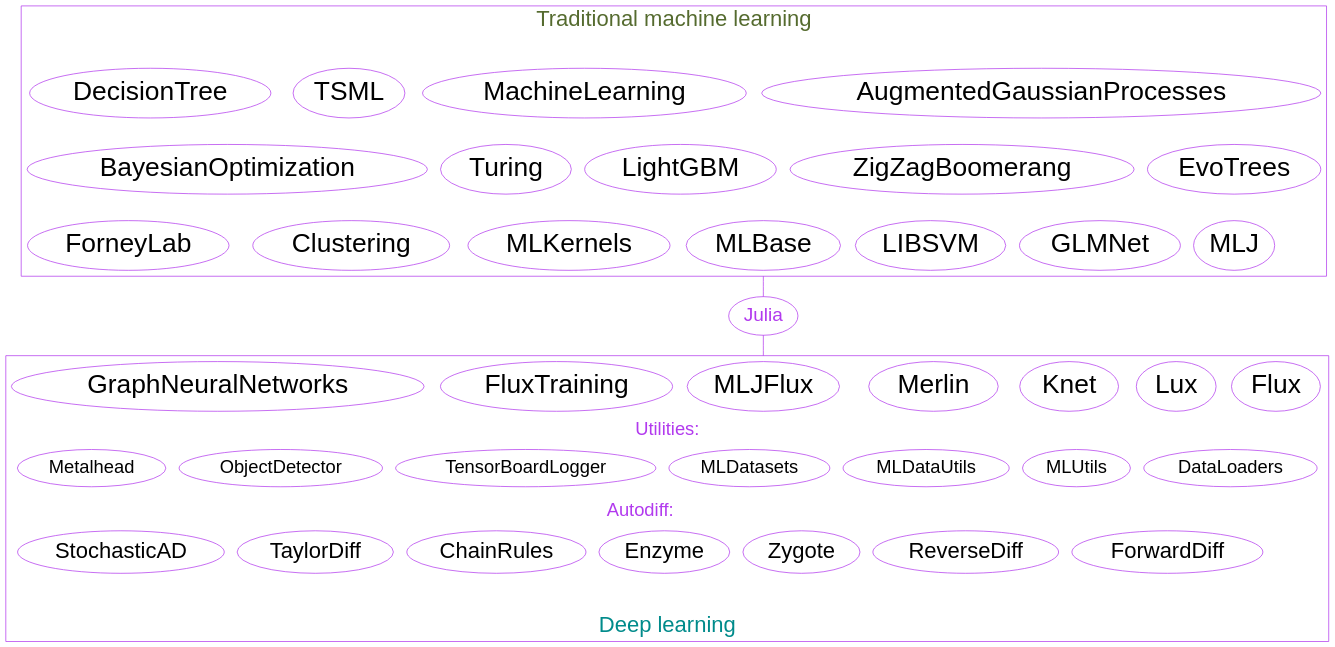
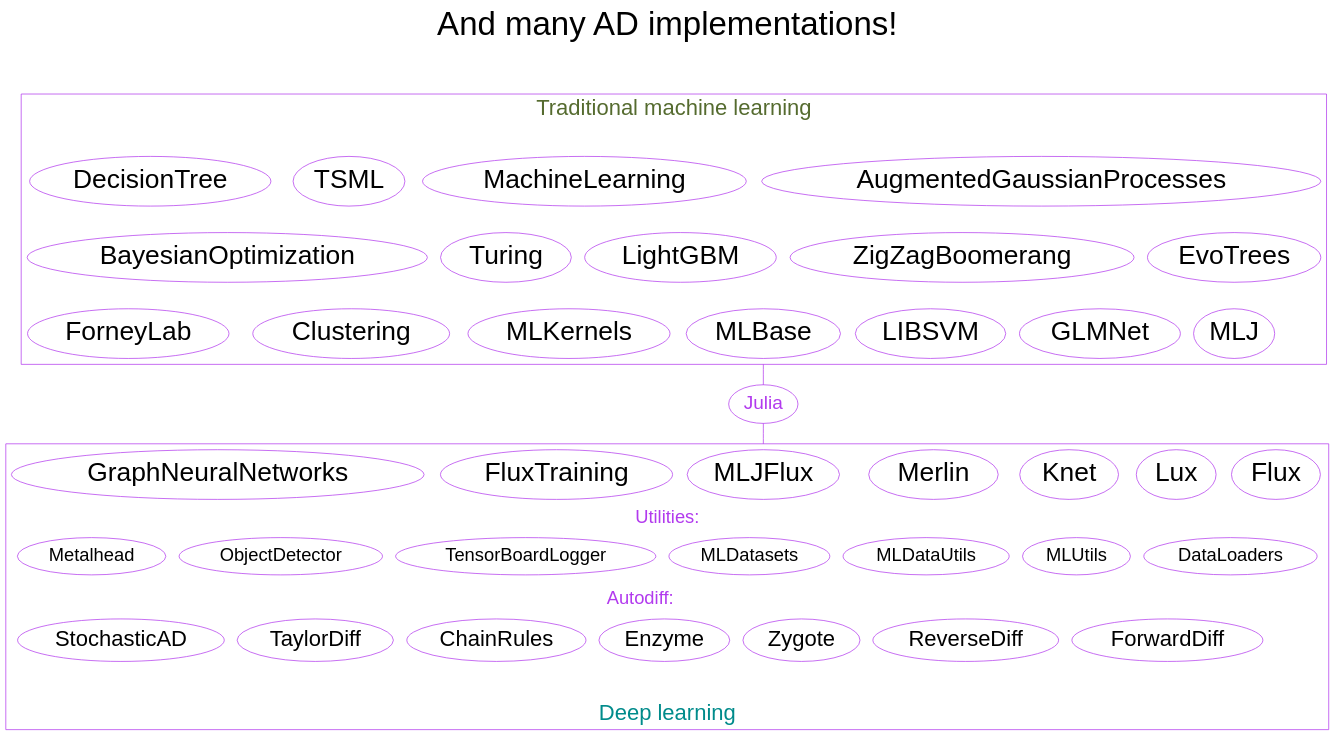
One commit to WestDRI/arc-training changed the tenth of 19 diagrams in ml/frameworks_slides.qmd. Above: the diagram before and after it, drawn with Graphviz. The commit also changed other lines of this file, not shown here.

````diff
--- a/ml/frameworks_slides.qmd
+++ b/ml/frameworks_slides.qmd
@@ -481,78 +466,82 @@
 ```{dot}
 //| echo: false
 
 strict graph {
+
+  label="And many AD implementations!\n\n"
+  labelloc=t
+  fontsize=45
 
   bgcolor="transparent"
   graph [fontname="Inconsolata, sans-serif"]
   node [fontname="Inconsolata, sans-serif", color=darkorchid2]
   compound=true
   
   subgraph cluster_ml {
 	label="Traditional machine learning\n\n"
 	color=darkorchid2
 	fontcolor=darkolivegreen
 	fontsize=30
 	edge [style=invis]
 	node [fontsize=36]
 	{rank=same; AugmentedGaussianProcesses MachineLearning TSML DecisionTree}
 	{rank=same; EvoTrees ZigZagBoomerang LightGBM Turing BayesianOptimization}
 	{rank=same; MLJ GLMNet LIBSVM MLBase MLKernels Clustering ForneyLab}
 	AugmentedGaussianProcesses -- EvoTrees -- MLJ
   }
 
   subgraph cluster_dl {	
 	label="\nDeep learning"
 	color=darkorchid2
 	fontcolor=darkcyan
 	fontsize=30
 	labelloc=b
 	edge [style=invis]
 	node [fontsize=36]
 	Flux Lux Knet Merlin MLJFlux FluxTraining GraphNeuralNetworks
 	subgraph cluster_utilities {
 	  peripheries=0
 	  fontsize=25
 	  label="Utilities:"
 	  labelloc=t
 	  fontcolor=darkorchid2
 	  node [fontsize=25]
 	  DataLoaders MLUtils MLDataUtils MLDatasets TensorBoardLogger ObjectDetector Metalhead
 	}
 	subgraph cluster_autodiff {
 	  peripheries=0
 	  fontsize=25
 	  label="Autodiff:"
 	  labelloc=t
 	  fontcolor=darkorchid2
 	  node [fontsize=30]
 	  ForwardDiff ReverseDiff Zygote Enzyme ChainRules TaylorDiff StochasticAD
 	}
 	GraphNeuralNetworks -- Metalhead
 	Metalhead -- StochasticAD
   }
 
   Flux [URL="https://github.com/FluxML/Flux.jl"]
   Lux [URL="https://github.com/LuxDL/"]
   Knet [URL="https://github.com/denizyuret/Knet.jl"]
   Merlin [URL=""]
   MLJFlux [URL=""]
   FluxTraining [URL=""]
   GraphNeuralNetworks [URL=""]
   MLJ [URL="https://github.com/alan-turing-institute/MLJ.jl"]
   Turing [URL="https://github.com/TuringLang/Turing.jl"]
   ForwardDiff [URL="https://github.com/JuliaDiff/ForwardDiff.jl"]
   ReverseDiff [URL="https://github.com/JuliaDiff/ReverseDiff.jl"]
   Zygote [URL="https://github.com/FluxML/Zygote.jl"]
   Enzyme [URL="https://github.com/EnzymeAD/Enzyme.jl"]
   ChainRules [URL="https://github.com/JuliaDiff/ChainRules.jl"]
   TaylorDiff [URL="https://github.com/JuliaDiff/TaylorDiff.jl"]
   StochasticAD [URL="https://github.com/gaurav-arya/StochasticAD.jl"]
 
   Julia [fontsize=26, fontcolor=darkorchid2, URL="https://julialang.org/"]
 
   MLBase -- Julia [ltail=cluster_ml, color=darkorchid2]
   Julia -- MLJFlux [lhead=cluster_dl, color=darkorchid2]
   
 }
 ```
````
